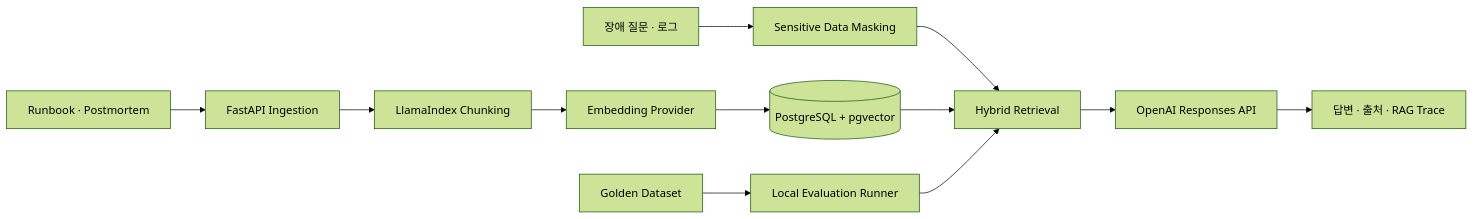
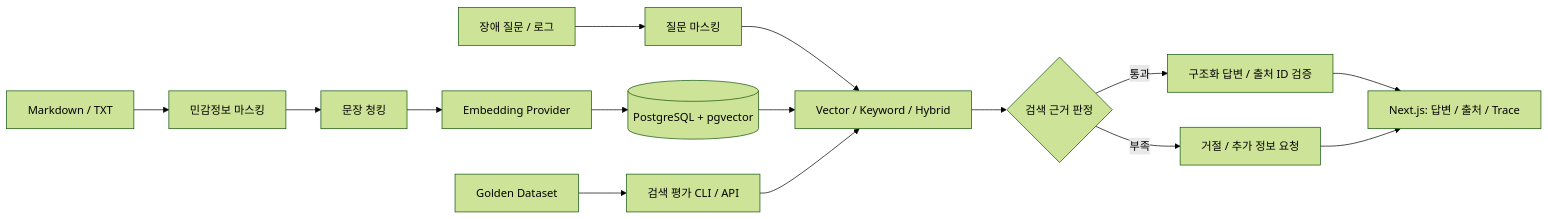
The diagram in README.md (100bee/lawg), drawn with Mermaid (forest theme) before and after one commit. The commit also changed other lines of this file and 41 other files, not shown here.

First line of the commit message:
feat: add Gemini RAG pipeline and reproducible retrieval evaluation

````diff
--- a/README.md
+++ b/README.md
@@ -36,14 +52,17 @@
 ```mermaid
 flowchart LR
-    D["Runbook · Postmortem"] --> I["FastAPI Ingestion"]
-    I --> C["LlamaIndex Chunking"]
+    D["Markdown / TXT"] --> M["민감정보 마스킹"]
+    M --> C["문장 청킹"]
     C --> E["Embedding Provider"]
     E --> P[("PostgreSQL + pgvector")]
-    Q["장애 질문 · 로그"] --> M["Sensitive Data Masking"]
-    M --> H["Hybrid Retrieval"]
-    P --> H
-    H --> G["OpenAI Responses API"]
-    G --> U["답변 · 출처 · RAG Trace"]
-    T["Golden Dataset"] --> V["Local Evaluation Runner"]
-    V --> H
+    Q["장애 질문 / 로그"] --> QM["질문 마스킹"]
+    QM --> R["Vector / Keyword / Hybrid"]
+    P --> R
+    R --> G{"검색 근거 판정"}
+    G -->|통과| L["구조화 답변 / 출처 ID 검증"]
+    G -->|부족| N["거절 / 추가 정보 요청"]
+    L --> U["Next.js: 답변 / 출처 / Trace"]
+    N --> U
+    T["Golden Dataset"] --> V["검색 평가 CLI / API"]
+    V --> R
 ```
````
